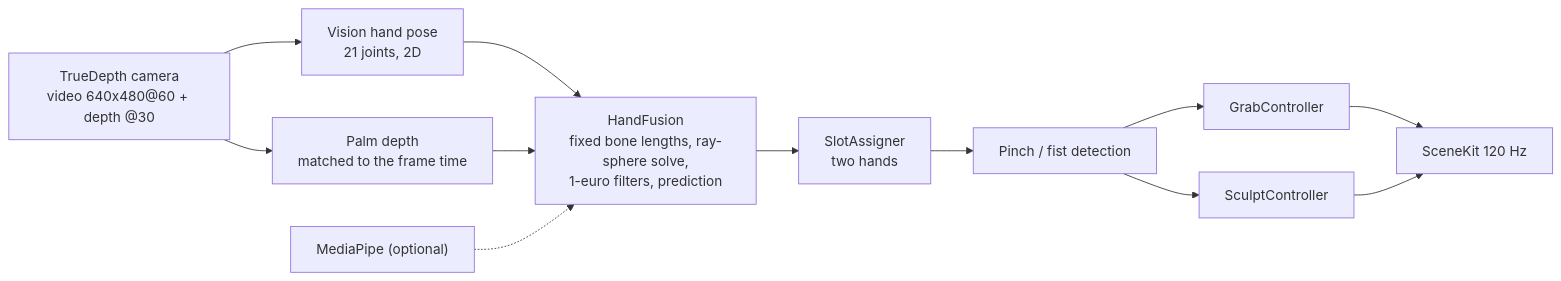
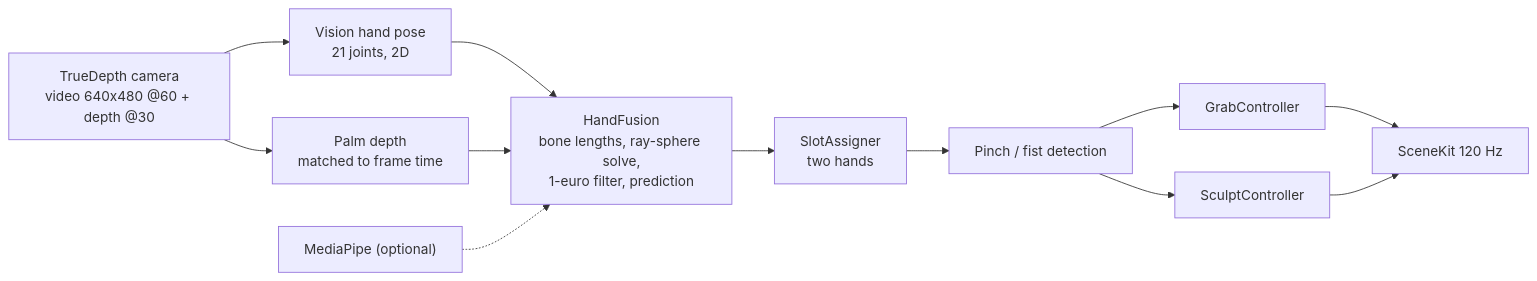
One commit to meshoklv/handgrab changed the diagram in README.md. Above: the diagram before and after it, drawn with Mermaid. The commit also changed other lines of this file and 5 other files, not shown here.

````diff
--- a/README.md
+++ b/README.md
@@ -66,14 +98,14 @@
 ```mermaid
 flowchart LR
-  A["TrueDepth camera<br/>video 640x480@60 + depth @30"] --> B["Vision hand pose<br/>21 joints, 2D"]
-  A --> C["Palm depth<br/>matched to the frame time"]
-  B --> D["HandFusion<br/>fixed bone lengths, ray-sphere solve,<br/>1-euro filters, prediction"]
+  A["TrueDepth camera<br/>video 640x480 @60 + depth @30"] --> B["Vision hand pose<br/>21 joints, 2D"]
+  A --> C["Palm depth<br/>matched to frame time"]
+  B --> D["HandFusion<br/>bone lengths, ray-sphere solve,<br/>1-euro filter, prediction"]
   C --> D
   M["MediaPipe (optional)"] -.-> D
   D --> E["SlotAssigner<br/>two hands"]
   E --> F["Pinch / fist detection"]
   F --> G["GrabController"]
   F --> H["SculptController"]
   G --> R["SceneKit 120 Hz"]
   H --> R
 ```
````
